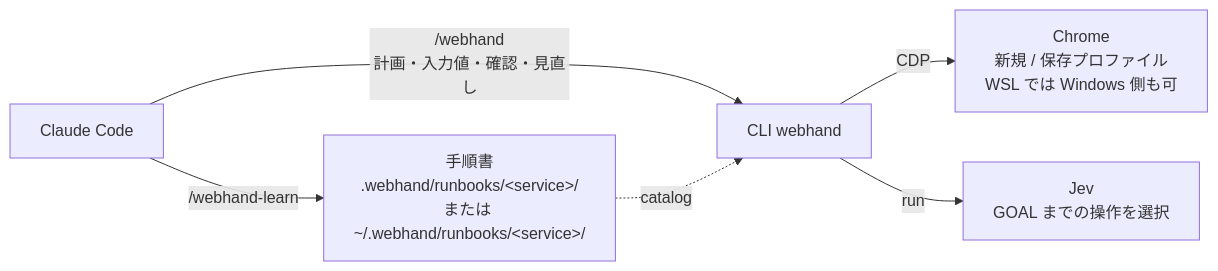
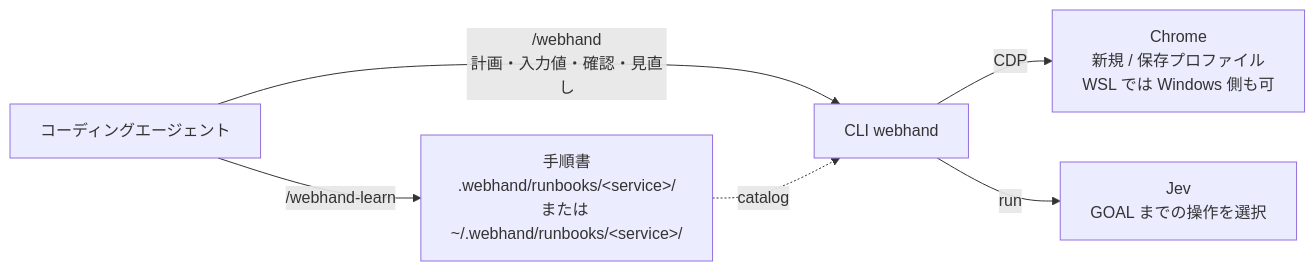
Before and after one commit to sakamoto66/webhand: the diagram in docs/reference.ja.md, drawn with Mermaid. The commit also changed other lines of this file and 38 other files, not shown here.

First line of the commit message:
Add multi-agent support for Antigravity and Codex alongside Claude Code

````diff
--- a/docs/reference.ja.md
+++ b/docs/reference.ja.md
@@ -20,8 +20,8 @@
 ```mermaid
 flowchart LR
-  CC["Claude Code"] -->|"/webhand-learn"| RB["手順書<br>.webhand/runbooks/#lt;service#gt;/<br>または ~/.webhand/runbooks/#lt;service#gt;/"]
-  CC -->|"/webhand<br>計画・入力値・確認・見直し"| CLI["CLI webhand"]
+  AG["コーディングエージェント"] -->|"/webhand-learn"| RB["手順書<br>.webhand/runbooks/#lt;service#gt;/<br>または ~/.webhand/runbooks/#lt;service#gt;/"]
+  AG -->|"/webhand<br>計画・入力値・確認・見直し"| CLI["CLI webhand"]
   RB -.->|"catalog"| CLI
   CLI -->|"CDP"| CH["Chrome<br>新規 / 保存プロファイル<br>WSL では Windows 側も可"]
   CLI -->|"run"| JEV["Jev<br>GOAL までの操作を選択"]
 ```
````
